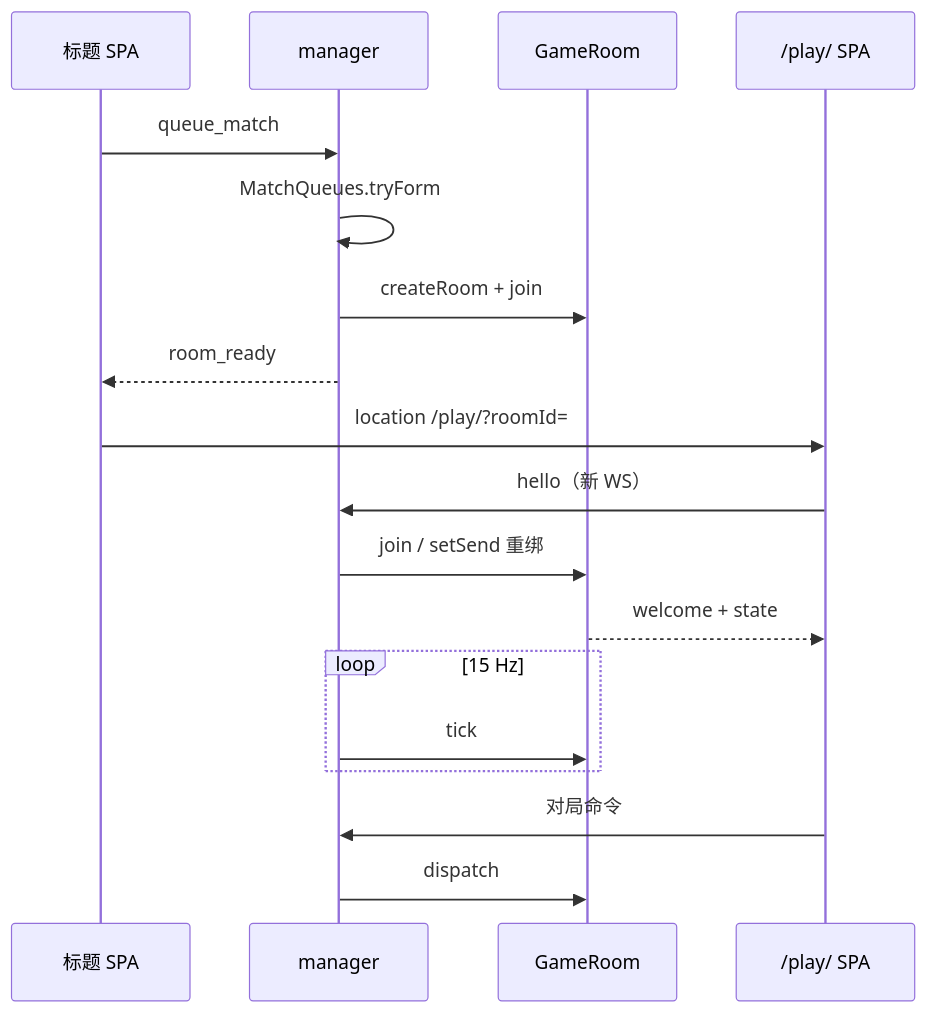
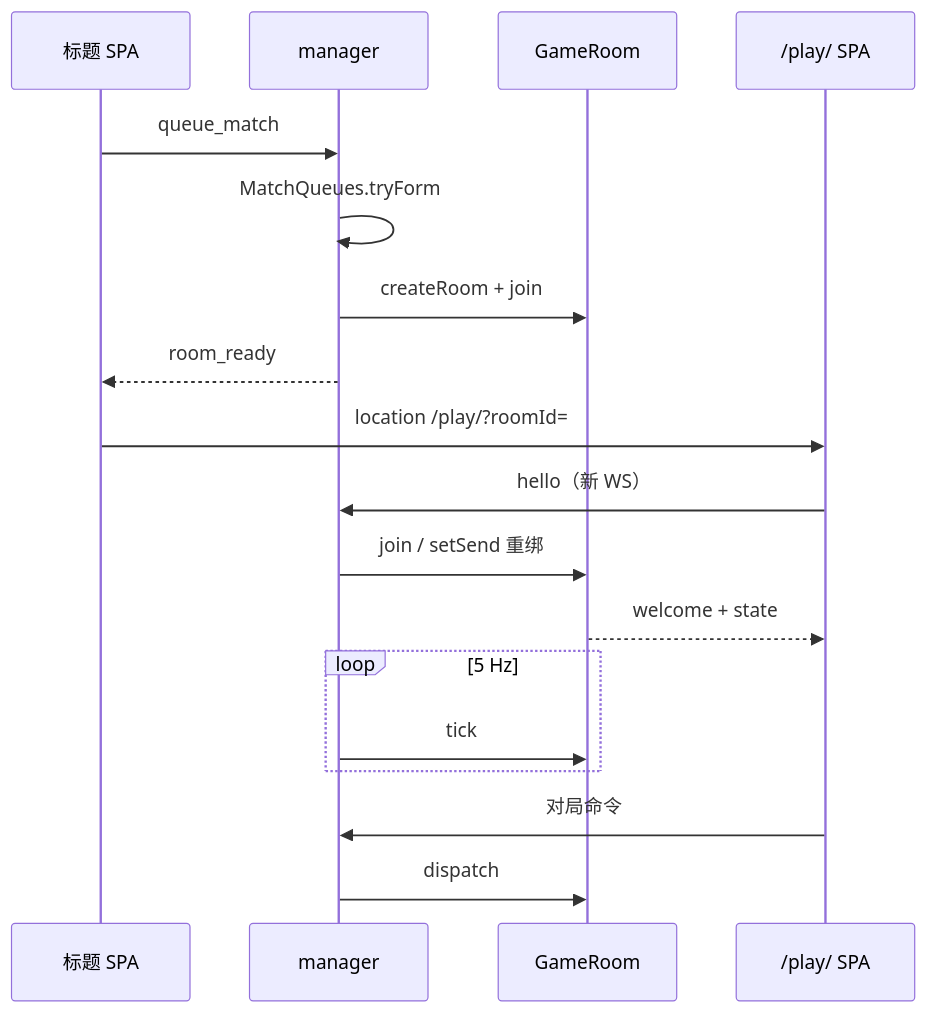
The third of 3 diagrams in docs/manager/lobby-ws.md (CubicEi/WarOnPaper), drawn with Mermaid before and after one commit. The commit also changed 29 other files, not shown here.

````diff
--- a/docs/manager/lobby-ws.md
+++ b/docs/manager/lobby-ws.md
@@ -207,21 +207,21 @@
 ```mermaid
 sequenceDiagram
   participant T as 标题 SPA
   participant M as manager
   participant G as GameRoom
   participant P as /play/ SPA
 
   T->>M: queue_match
   M->>M: MatchQueues.tryForm
   M->>G: createRoom + join
   M-->>T: room_ready
   T->>P: location /play/?roomId=
   P->>M: hello（新 WS）
   M->>G: join / setSend 重绑
   G-->>P: welcome + state
-  loop 15 Hz
+  loop 5 Hz
     M->>G: tick
   end
   P->>M: 对局命令
   M->>G: dispatch
 ```
````
